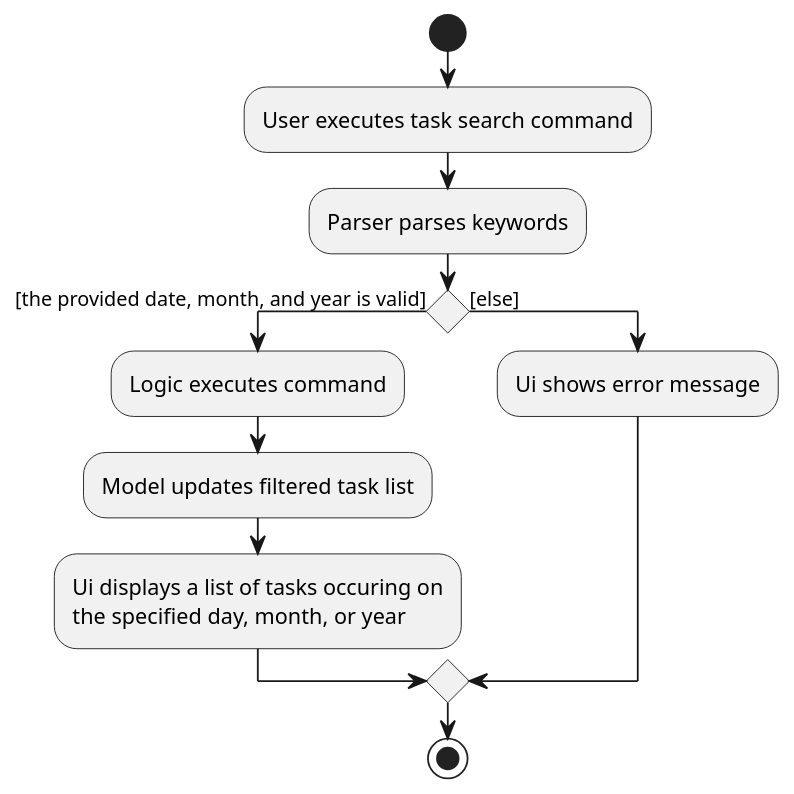
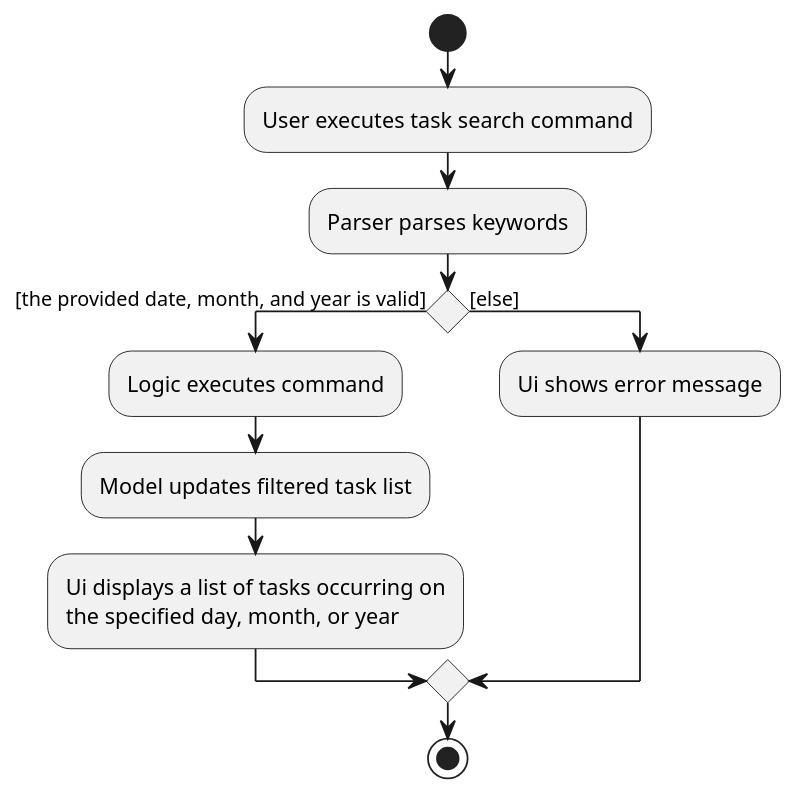
Before and after one commit to zixinn/main: the diagram in docs/diagrams/TaskSearchActivityDiagram.puml, drawn with PlantUML. The commit also changed 1 other file, not shown here.

```diff
--- a/docs/diagrams/TaskSearchActivityDiagram.puml
+++ b/docs/diagrams/TaskSearchActivityDiagram.puml
@@ -1,15 +1,15 @@
 @startuml
 scale 1.2
 start
 :User executes task search command;
 :Parser parses keywords;
 if () then ([the provided date, month, and year is valid])
     :Logic executes command;
     :Model updates filtered task list;
-    :Ui displays a list of tasks occuring on
+    :Ui displays a list of tasks occurring on
     the specified day, month, or year;
 else ([else])
     :Ui shows error message;
 endif
 stop
 @enduml
```
